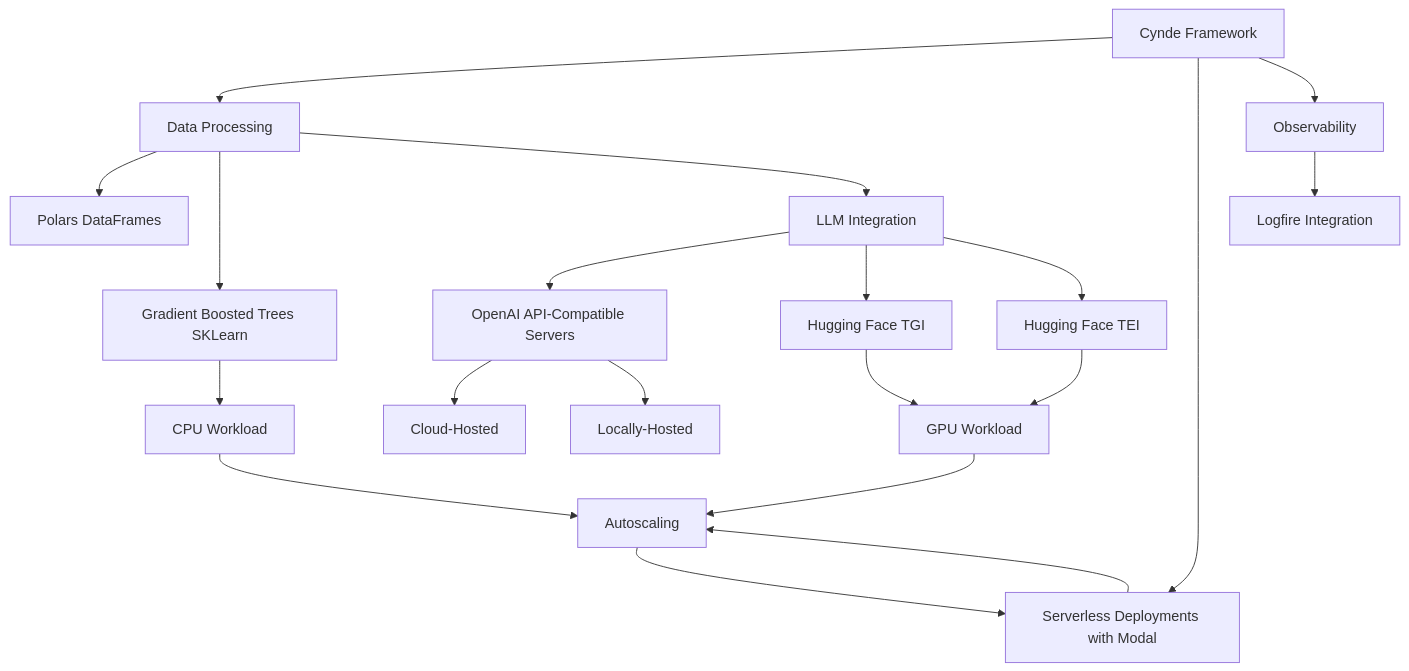
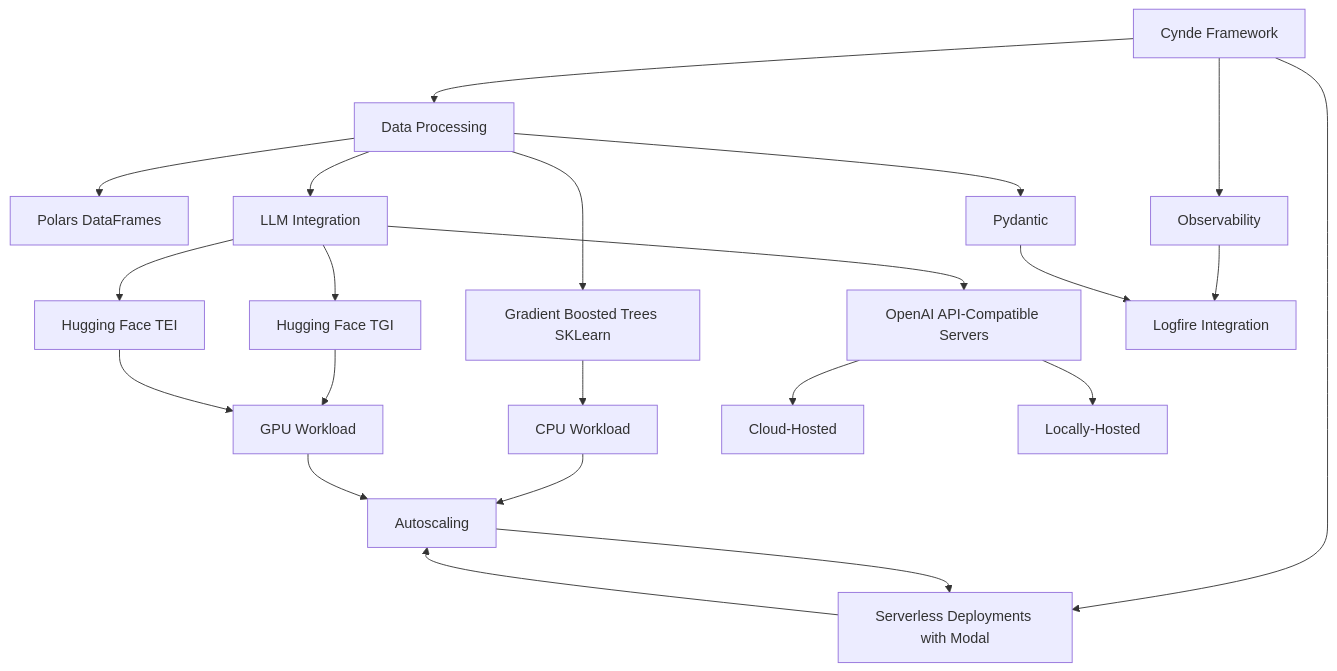
One commit to Neural-Dragon-AI/Cynde changed the diagram in drawings.md. Above: the diagram before and after it, drawn with Mermaid.

````diff
--- a/drawings.md
+++ b/drawings.md
@@ -3,27 +3,28 @@
 ```mermaid
 graph TD
     A[Cynde Framework] --> B[Data Processing]
     B --> C[Polars DataFrames]
     B --> E[Gradient Boosted Trees SKLearn]
     A --> P[Serverless Deployments with Modal]
-
+    B --> PD[Pydantic]
     F[Autoscaling] --> P
     P --> F
     G[CPU Workload] --> F
     E --> G
     M[GPU Workload] --> F
 
     B --> H[LLM Integration]
     H --> I[OpenAI API-Compatible Servers]
     I --> J[Cloud-Hosted]
     I --> K[Locally-Hosted]
     H --> N[Hugging Face TGI]
   
     H --> O[Hugging Face TEI]
     N --> M
     O --> M
 
 
     A --> Y[Observability]
     Y --> Z[Logfire Integration]
+    PD--> Z
 ```
````
